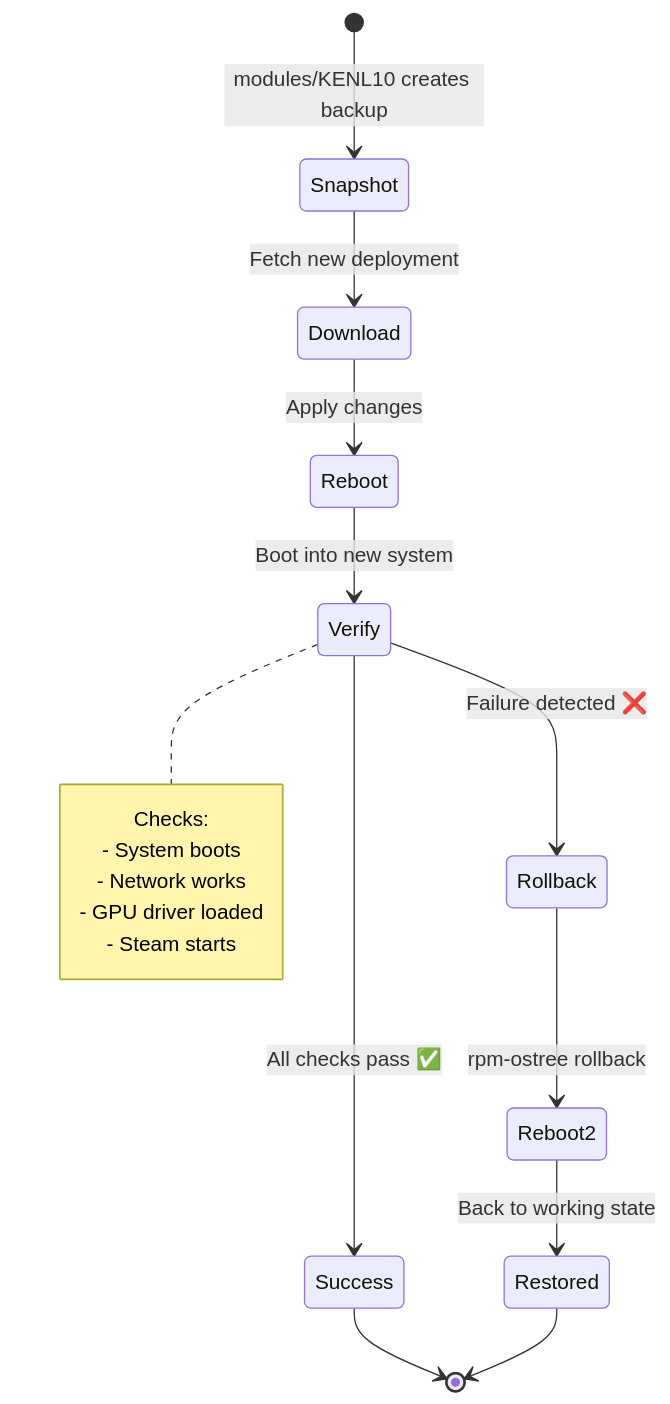
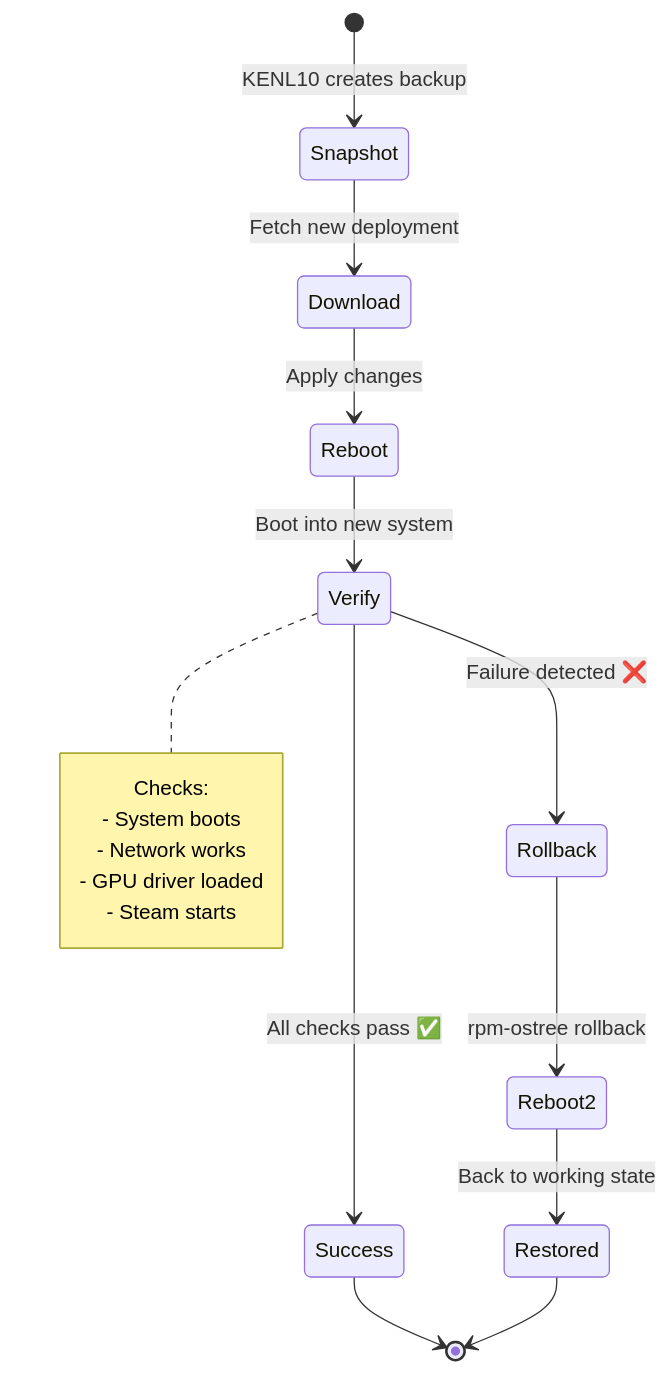
One commit to toolate28/kenl changed the sixth of 9 diagrams in README.md. Above: the diagram before and after it, drawn with Mermaid. The commit also changed other lines of this file, not shown here.

First line of the commit message:
fix: resolve Mermaid diagram syntax errors in README

````diff
--- a/README.md
+++ b/README.md
@@ -537,21 +537,21 @@
 ```mermaid
 stateDiagram-v2
-    [*] --> Snapshot: modules/KENL10 creates backup
+    [*] --> Snapshot: KENL10 creates backup
     Snapshot --> Download: Fetch new deployment
     Download --> Reboot: Apply changes
     Reboot --> Verify: Boot into new system
     Verify --> Success: All checks pass ✅
     Verify --> Rollback: Failure detected ❌
     Success --> [*]
     Rollback --> Reboot2: rpm-ostree rollback
     Reboot2 --> Restored: Back to working state
     Restored --> [*]
 
     note right of Verify
         Checks:
         - System boots
         - Network works
         - GPU driver loaded
         - Steam starts
     end note
 ```
````
